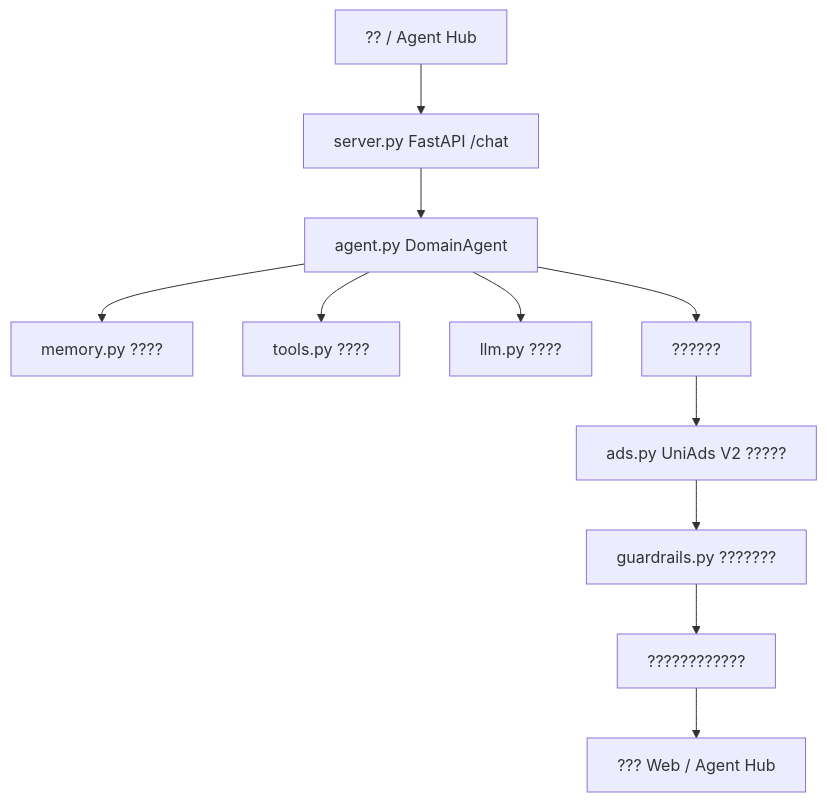
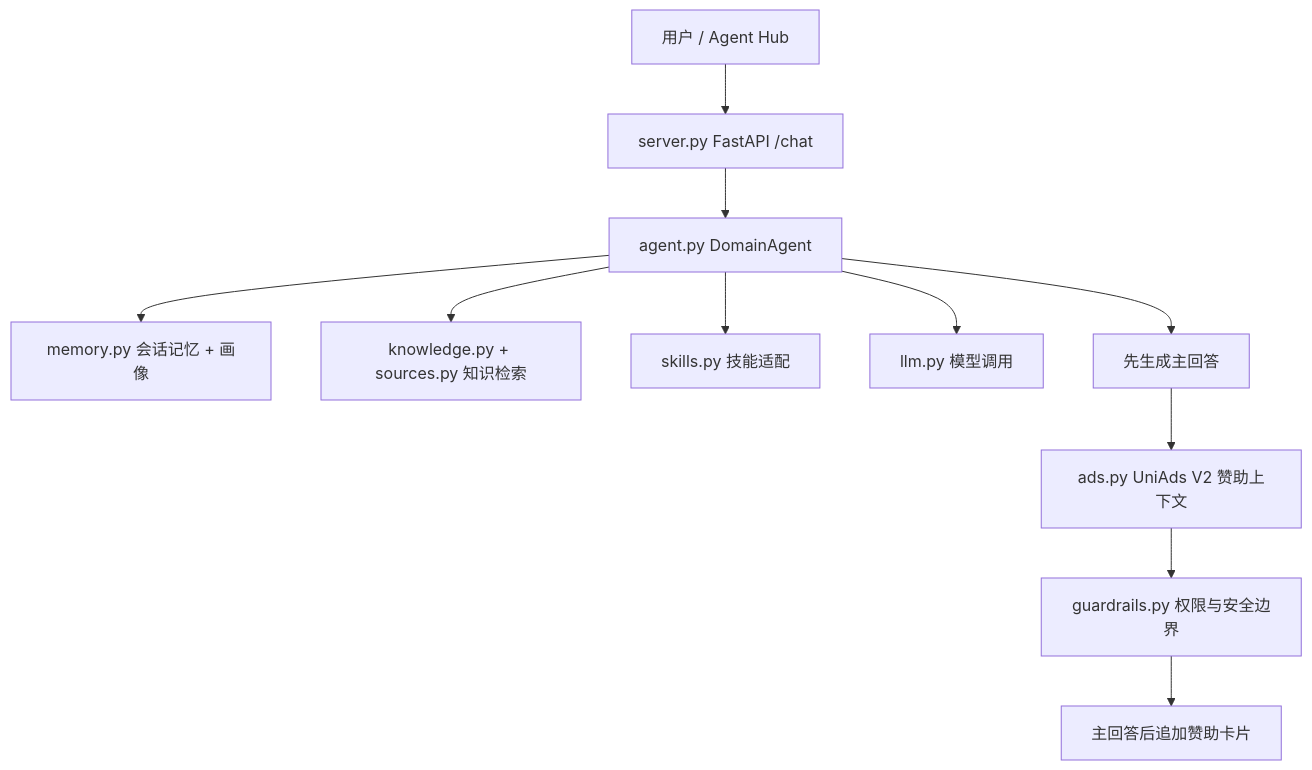
The diagram in README.zh-CN.md (seniordriver233/Uni-Agent-Template), drawn with Mermaid before and after one commit. The commit also changed other lines of this file and 14 other files, not shown here.

````diff
--- a/README.zh-CN.md
+++ b/README.zh-CN.md
@@ -31,13 +29,13 @@
 ```mermaid
 flowchart TD
-    User["?? / Agent Hub"] --> Server["server.py FastAPI /chat"]
+    User["用户 / Agent Hub"] --> Server["server.py FastAPI /chat"]
     Server --> Agent["agent.py DomainAgent"]
-    Agent --> Memory["memory.py ????"]
-    Agent --> Tools["tools.py ????"]
-    Agent --> LLM["llm.py ????"]
-    Agent --> Primary["??????"]
-    Primary --> Ads["ads.py UniAds V2 ?????"]
-    Ads --> Guard["guardrails.py ???????"]
-    Guard --> Card["????????????"]
-    Card --> Response["??? Web / Agent Hub"]
+    Agent --> Memory["memory.py 会话记忆 + 画像"]
+    Agent --> Knowledge["knowledge.py + sources.py 知识检索"]
+    Agent --> Skills["skills.py 技能适配"]
+    Agent --> LLM["llm.py 模型调用"]
+    Agent --> Primary["先生成主回答"]
+    Primary --> Ads["ads.py UniAds V2 赞助上下文"]
+    Ads --> Guard["guardrails.py 权限与安全边界"]
+    Guard --> Card["主回答后追加赞助卡片"]
 ```
````
